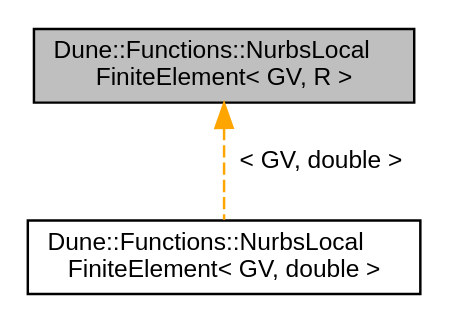
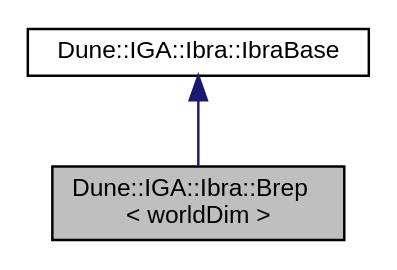
One commit to rath3t/dune-iga-doc changed the diagram in da/d1f/a01203.dot. Above: the diagram before and after it, drawn with Graphviz. The commit also changed 602 other files, not shown here.

Commit message:
deploy: rath3t/dune-iga@3f461609d07011847b1941b60779c1555a309028

```diff
--- a/da/d1f/a01203.dot
+++ b/da/d1f/a01203.dot
@@ -1,9 +1,9 @@
-digraph "Dune::Functions::NurbsLocalFiniteElement&lt; GV, R &gt;"
+digraph "Dune::IGA::Ibra::Brep&lt; worldDim &gt;"
 {
  // LATEX_PDF_SIZE
   edge [fontname="Helvetica",fontsize="10",labelfontname="Helvetica",labelfontsize="10"];
   node [fontname="Helvetica",fontsize="10",shape=record];
-  Node1 [label="Dune::Functions::NurbsLocal\lFiniteElement\< GV, R \>",height=0.2,width=0.4,color="black", fillcolor="grey75", style="filled", fontcolor="black",tooltip="LocalFiniteElement in the sense of dune-localfunctions, for the B-spline basis on tensor-product grid..."];
-  Node1 -> Node2 [dir="back",color="orange",fontsize="10",style="dashed",label=" \< GV, double \>" ,fontname="Helvetica"];
-  Node2 [label="Dune::Functions::NurbsLocal\lFiniteElement\< GV, double \>",height=0.2,width=0.4,color="black", fillcolor="white", style="filled",URL="$d7/d5a/a01204.html",tooltip=" "];
+  Node1 [label="Dune::IGA::Ibra::Brep\l\< worldDim \>",height=0.2,width=0.4,color="black", fillcolor="grey75", style="filled", fontcolor="black",tooltip=" "];
+  Node2 -> Node1 [dir="back",color="midnightblue",fontsize="10",style="solid",fontname="Helvetica"];
+  Node2 [label="Dune::IGA::Ibra::IbraBase",height=0.2,width=0.4,color="black", fillcolor="white", style="filled",URL="$d3/d32/a01176.html",tooltip=" "];
 }
```
